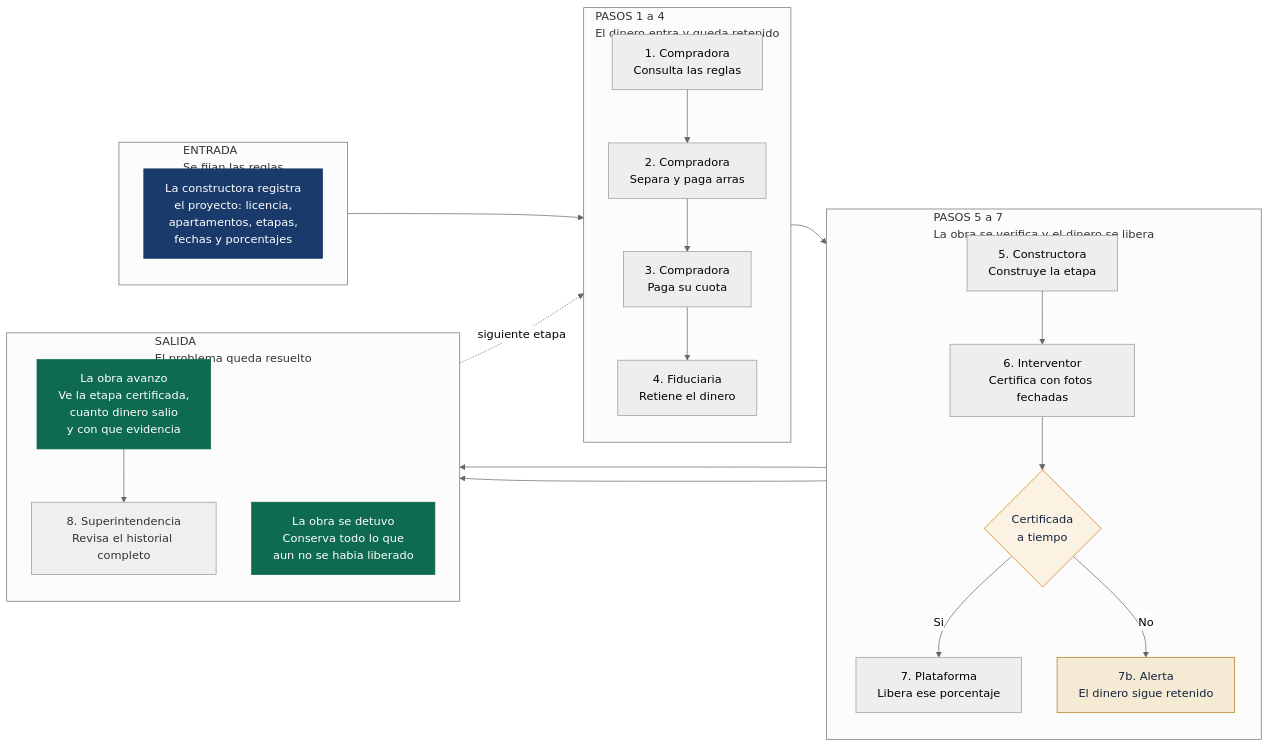
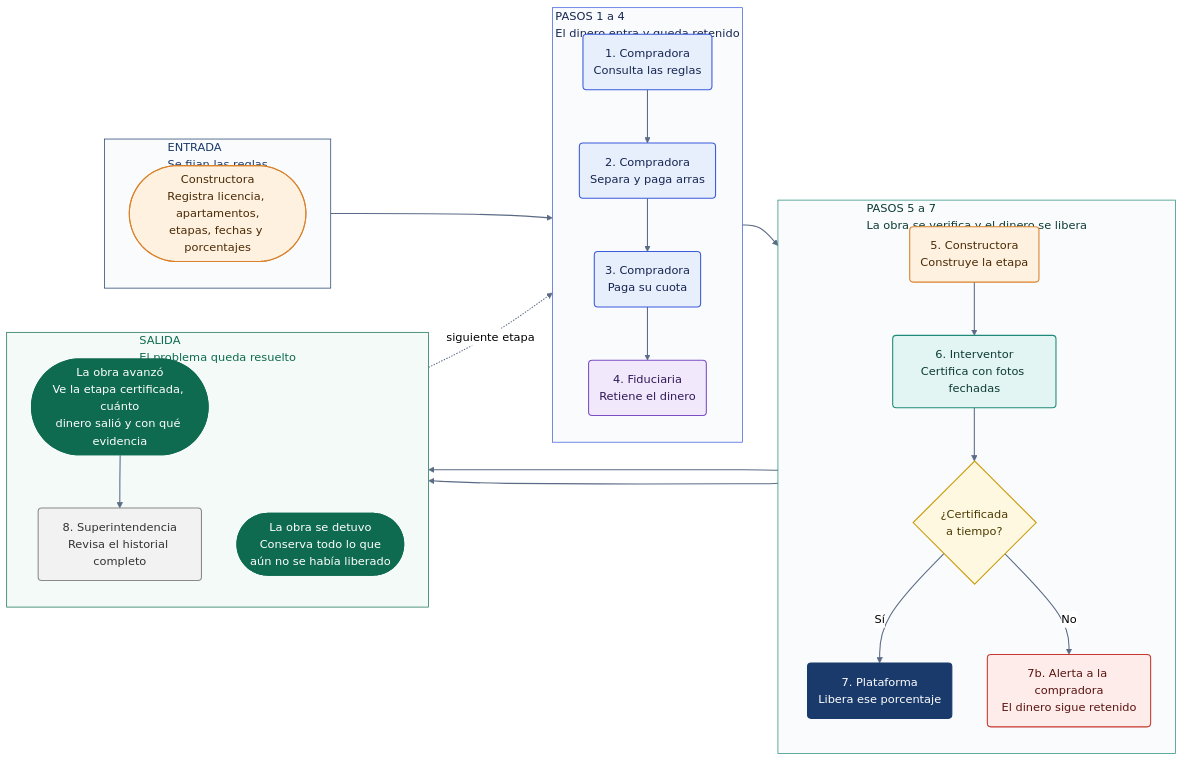
One commit to ViviendaStellar/Proyecto_Vivienda_Stellar changed the diagram in docs/Semana2/ProductBlueprint.md. Above: the diagram before and after it, drawn with Mermaid (neutral theme).

Commit message:
docs: Mejorar el diseno visual del diagrama del flujo de usuario
Asigna un color por rol (constructora, compradora, fiduciaria,
interventor, plataforma y Superintendencia) para que se distinga de un
vistazo quien actua en cada paso, y colores propios para la decision, la
alerta y los resultados.

Usa formas distintas segun la funcion del nodo: capsula para la entrada y
las salidas, rectangulo redondeado para las acciones y rombo para la
decision. Los cuatro bloques tienen fondo y borde propios, y las flechas
un trazo uniforme.

````diff
--- a/docs/Semana2/ProductBlueprint.md
+++ b/docs/Semana2/ProductBlueprint.md
@@ -54,49 +54,69 @@
 ```mermaid
 flowchart LR
     subgraph ENT["ENTRADA<br/>Se fijan las reglas"]
         direction TB
-        E["La constructora registra<br/>el proyecto: licencia,<br/>apartamentos, etapas,<br/>fechas y porcentajes"]
+        E(["Constructora<br/>Registra licencia, apartamentos,<br/>etapas, fechas y porcentajes"])
     end
 
     subgraph APO["PASOS 1 a 4<br/>El dinero entra y queda retenido"]
         direction TB
-        P1["1. Compradora<br/>Consulta las reglas"]
-        P2["2. Compradora<br/>Separa y paga arras"]
-        P3["3. Compradora<br/>Paga su cuota"]
-        P4["4. Fiduciaria<br/>Retiene el dinero"]
+        P1("1. Compradora<br/>Consulta las reglas")
+        P2("2. Compradora<br/>Separa y paga arras")
+        P3("3. Compradora<br/>Paga su cuota")
+        P4("4. Fiduciaria<br/>Retiene el dinero")
         P1 --> P2 --> P3 --> P4
     end
 
     subgraph VER["PASOS 5 a 7<br/>La obra se verifica y el dinero se libera"]
         direction TB
-        P5["5. Constructora<br/>Construye la etapa"]
-        P6["6. Interventor<br/>Certifica con fotos fechadas"]
-        D{"Certificada<br/>a tiempo"}
-        P7["7. Plataforma<br/>Libera ese porcentaje"]
-        AL["7b. Alerta<br/>El dinero sigue retenido"]
+        P5("5. Constructora<br/>Construye la etapa")
+        P6("6. Interventor<br/>Certifica con fotos fechadas")
+        D{"¿Certificada<br/>a tiempo?"}
+        P7("7. Plataforma<br/>Libera ese porcentaje")
+        AL("7b. Alerta a la compradora<br/>El dinero sigue retenido")
         P5 --> P6 --> D
-        D -->|Si| P7
-        D -->|No| AL
+        D -- Sí --> P7
+        D -- No --> AL
     end
 
     subgraph SAL["SALIDA<br/>El problema queda resuelto"]
         direction TB
-        S1["La obra avanzo<br/>Ve la etapa certificada,<br/>cuanto dinero salio<br/>y con que evidencia"]
-        S2["La obra se detuvo<br/>Conserva todo lo que<br/>aun no se habia liberado"]
-        SIC["8. Superintendencia<br/>Revisa el historial completo"]
+        S1(["La obra avanzó<br/>Ve la etapa certificada, cuánto<br/>dinero salió y con qué evidencia"])
+        S2(["La obra se detuvo<br/>Conserva todo lo que<br/>aún no se había liberado"])
+        SIC("8. Superintendencia<br/>Revisa el historial completo")
     end
 
     E --> P1
     P4 --> P5
     P7 --> S1
     AL --> S2
     S1 --> SIC
-    S1 -.siguiente etapa.-> P3
+    S1 -. siguiente etapa .-> P3
 
-    style E fill:#1A3A6B,color:#fff,stroke:#1A3A6B
-    style D fill:#FCF2E3,color:#12223D,stroke:#C97A12
-    style AL fill:#F5EAD4,color:#12223D,stroke:#B07A1A
-    style S1 fill:#0E6B4F,color:#fff,stroke:#0E6B4F
-    style S2 fill:#0E6B4F,color:#fff,stroke:#0E6B4F
-    style SIC fill:#EFEFEF,color:#333,stroke:#999
+    classDef constructora fill:#FFF1E0,stroke:#D9822B,color:#4A2A05,stroke-width:1.5px
+    classDef compradora fill:#E7EEFC,stroke:#3B5BDB,color:#14254F,stroke-width:1.5px
+    classDef fiduciaria fill:#F1E9FB,stroke:#7B4FC4,color:#2E1757,stroke-width:1.5px
+    classDef interventor fill:#E3F5F2,stroke:#1F8A78,color:#0B3B33,stroke-width:1.5px
+    classDef plataforma fill:#1A3A6B,stroke:#1A3A6B,color:#FFFFFF,stroke-width:1.5px
+    classDef decision fill:#FFF8E1,stroke:#C99A06,color:#4A3A00,stroke-width:1.5px
+    classDef alerta fill:#FDECEA,stroke:#C8372D,color:#5A1410,stroke-width:1.5px
+    classDef salida fill:#0E6B4F,stroke:#0E6B4F,color:#FFFFFF,stroke-width:1.5px
+    classDef regulador fill:#F2F2F2,stroke:#8A8A8A,color:#333333,stroke-width:1.5px
+
+    class E,P5 constructora
+    class P1,P2,P3 compradora
+    class P4 fiduciaria
+    class P6 interventor
+    class P7 plataforma
+    class D decision
+    class AL alerta
+    class S1,S2 salida
+    class SIC regulador
+
+    style ENT fill:#FAFBFD,stroke:#1A3A6B,stroke-width:1px,color:#1A3A6B
+    style APO fill:#FAFBFD,stroke:#3B5BDB,stroke-width:1px,color:#14254F
+    style VER fill:#FAFBFD,stroke:#1F8A78,stroke-width:1px,color:#0B3B33
+    style SAL fill:#F3FAF7,stroke:#0E6B4F,stroke-width:1px,color:#0E6B4F
+
+    linkStyle default stroke:#5B6B85,stroke-width:1.5px
 ```
````
